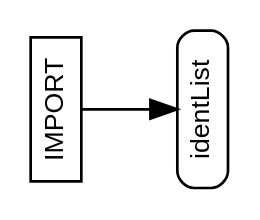
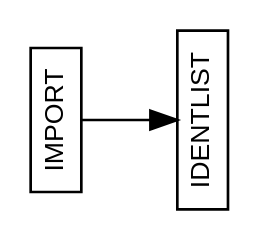
Before and after one commit to m2sf/M2-AST-Node-Diagrams: the diagram in import.dot, drawn with Graphviz. The commit also changed 1 other file, not shown here.

```diff
--- a/import.dot
+++ b/import.dot
@@ -1,60 +1,60 @@
 /* AST node diagram generator script collection for M2C, M2J and M2Sharp.
  *
  * Copyright (c) 2016 The Modula-2 Software Foundation
  *
  * Author & Maintainer: Benjamin Kowarsch <org.m2sf>
  *
  * @synopsis
  *
  * The M2C, M2J and M2Sharp compilers are multi-dialect Modula-2 translators
  * and compilers respectively targeting C99, Java/JVM and C#/CLR, sharing a
  * common abstract syntax tree (AST) specification.
  *
  * The AST node diagram generator script collection consists of Graphviz DOT
  * descriptions for all AST node types of the common AST specification.
  *
  * The Graphviz dot utility is required to generate the diagrams. 
  * It may be obtained from http://www.graphviz.org/download.php.
  *
  * @repository
  *
  * https://github.com/m2sf/m2-ast-node-diagrams
  *
  * @file
  *
  * import.dot
  *
  * IMPORT node diagram.
  *
  * Usage: $ dot import.dot -Tps > import.ps
  *
  * @license
  *
  * This is free software: you can redistribute and/or modify it under the
  * terms of the GNU Lesser General Public License (LGPL) either version 2.1
  * or at your choice version 3 as published by the Free Software Foundation.
  * However, you may not alter the copyright, author and license information.
  *
  * It is distributed in the hope that it will be useful,  but WITHOUT
  * ANY WARRANTY; without even the implied warranty of MERCHANTABILITY or
  * FITNESS FOR A PARTICULAR PURPOSE.  Read the license for more details.
  *
  * You should have received a copy of the GNU Lesser General Public License.
  * If not, see <https://www.gnu.org/copyleft/lesser.html>.
  *
  * NB: Components in the domain part of email addresses are in reverse order.
  */
 
 /*** IMPORT Node ***/
 
 digraph IMPORT {
   graph [orientation=landscape,fontname=helvetica];
   node [fontname=helvetica,fontsize=10,shape=box,height=0.25];
   
   node [style=solid];
   edge [arrowhead=normal];
-  IMPORT -> idlist0;
-  idlist0 [label="identList",style=rounded];
+  IMPORT -> id0;
+  id0 [label="IDENTLIST"];
 }
 
 /* END OF FILE */
```
